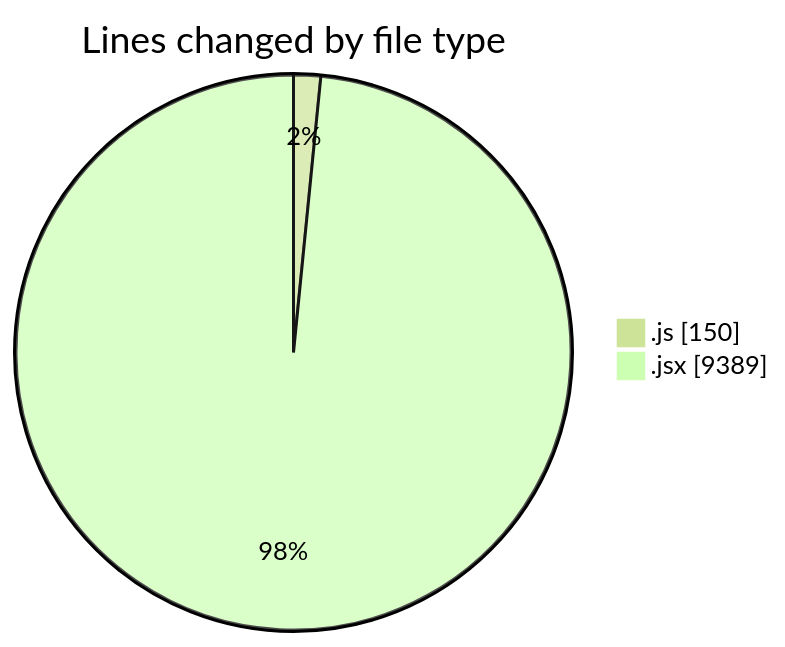
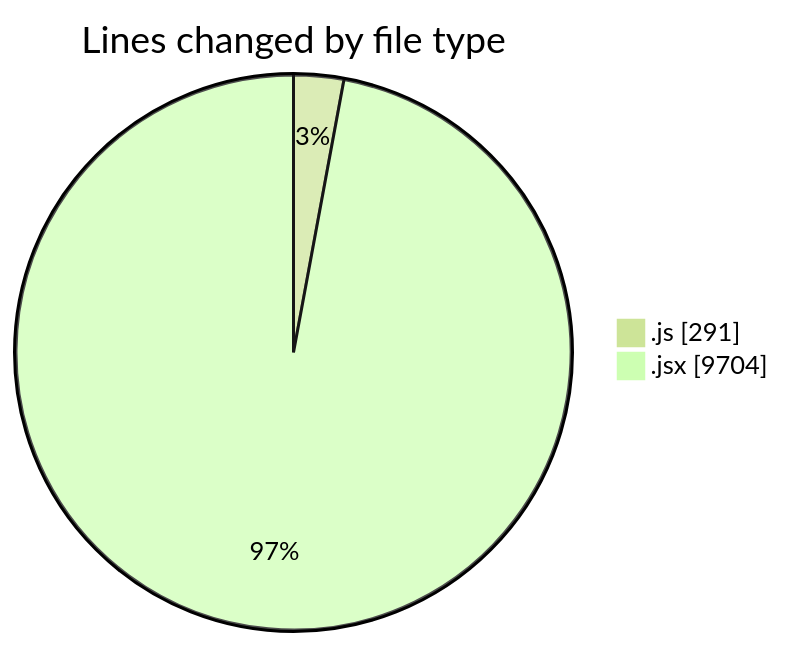
Before and after one commit to nxtqubesakshisongat/code-tracking: the first of 2 diagrams in 2025-07-28/nxtqube_webapp/README.md, drawn with Mermaid (forest theme). The commit also changed other lines of this file and 1 other file, not shown here.

````diff
--- a/2025-07-28/nxtqube_webapp/README.md
+++ b/2025-07-28/nxtqube_webapp/README.md
@@ -43,6 +44,6 @@
 ```mermaid
 pie showData
 title Lines changed by file type
-".js" : 150
-".jsx" : 9389
+".js" : 291
+".jsx" : 9704
 ```
````
